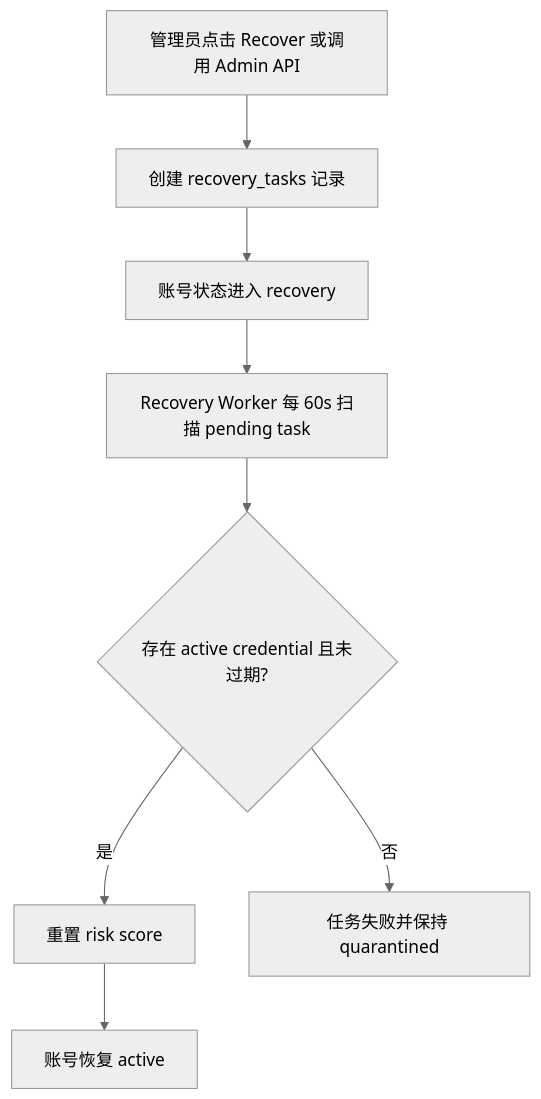
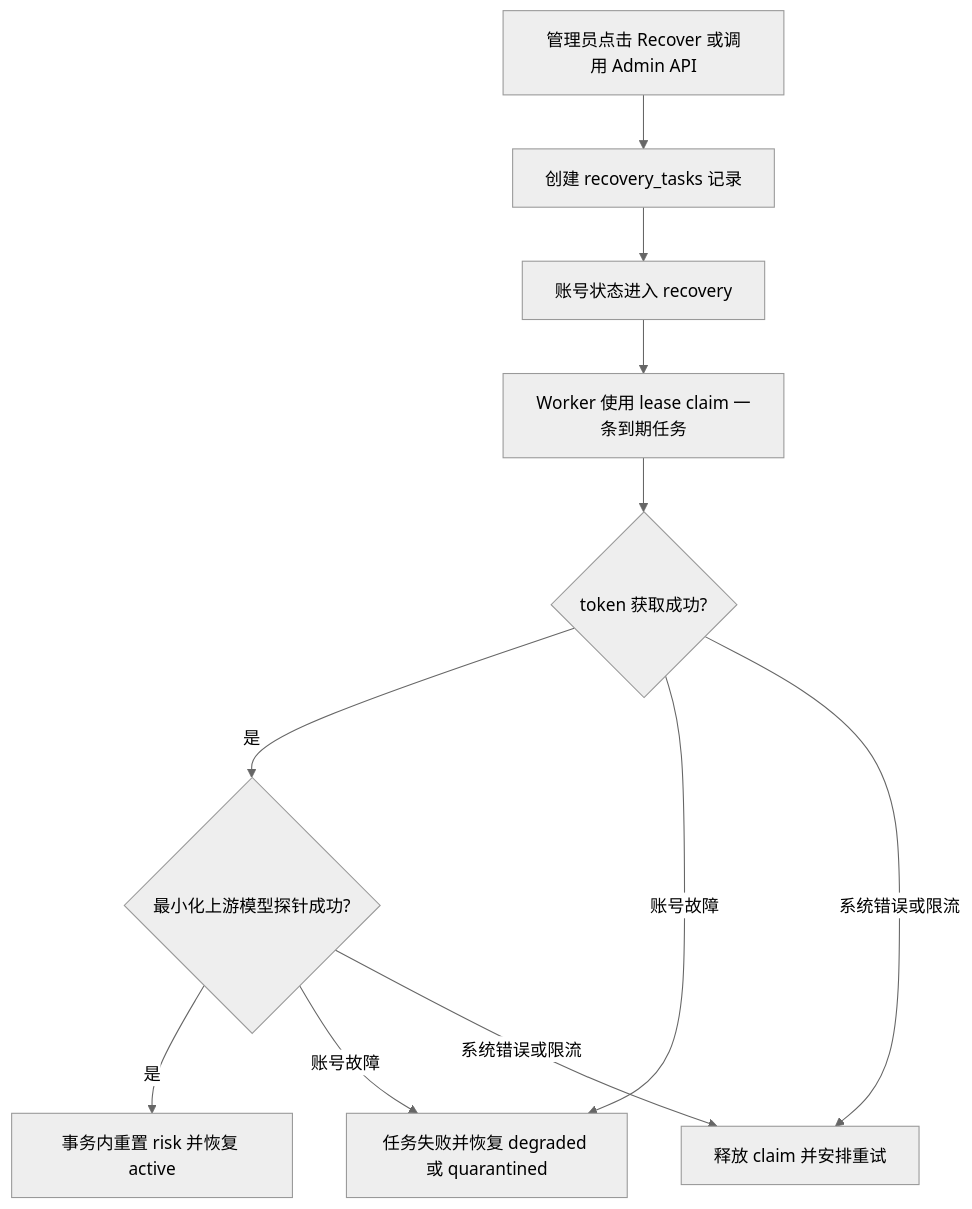
The sixth of 10 diagrams in docs/operations.zh.md (pczhao1210/ghcp-pool-proxy), drawn with Mermaid (neutral theme) before and after one commit. The commit also changed other lines of this file and 12 other files, not shown here.

````diff
--- a/docs/operations.zh.md
+++ b/docs/operations.zh.md
@@ -410,10 +411,13 @@
 ```mermaid
 flowchart TD
   A["管理员点击 Recover 或调用 Admin API"] --> B["创建 recovery_tasks 记录"]
   B --> C["账号状态进入 recovery"]
-  C --> D["Recovery Worker 每 60s 扫描 pending task"]
-  D --> E{"存在 active credential 且未过期?"}
-  E -->|"是"| F["重置 risk score"]
-  F --> G["账号恢复 active"]
-  E -->|"否"| H["任务失败并保持 quarantined"]
+  C --> D["Worker 使用 lease claim 一条到期任务"]
+  D --> E{"token 获取成功?"}
+  E -->|"是"| F{"最小化上游模型探针成功?"}
+  F -->|"是"| G["事务内重置 risk 并恢复 active"]
+  E -->|"账号故障"| H["任务失败并恢复 degraded 或 quarantined"]
+  F -->|"账号故障"| H
+  E -->|"系统错误或限流"| I["释放 claim 并安排重试"]
+  F -->|"系统错误或限流"| I
 ```
````
